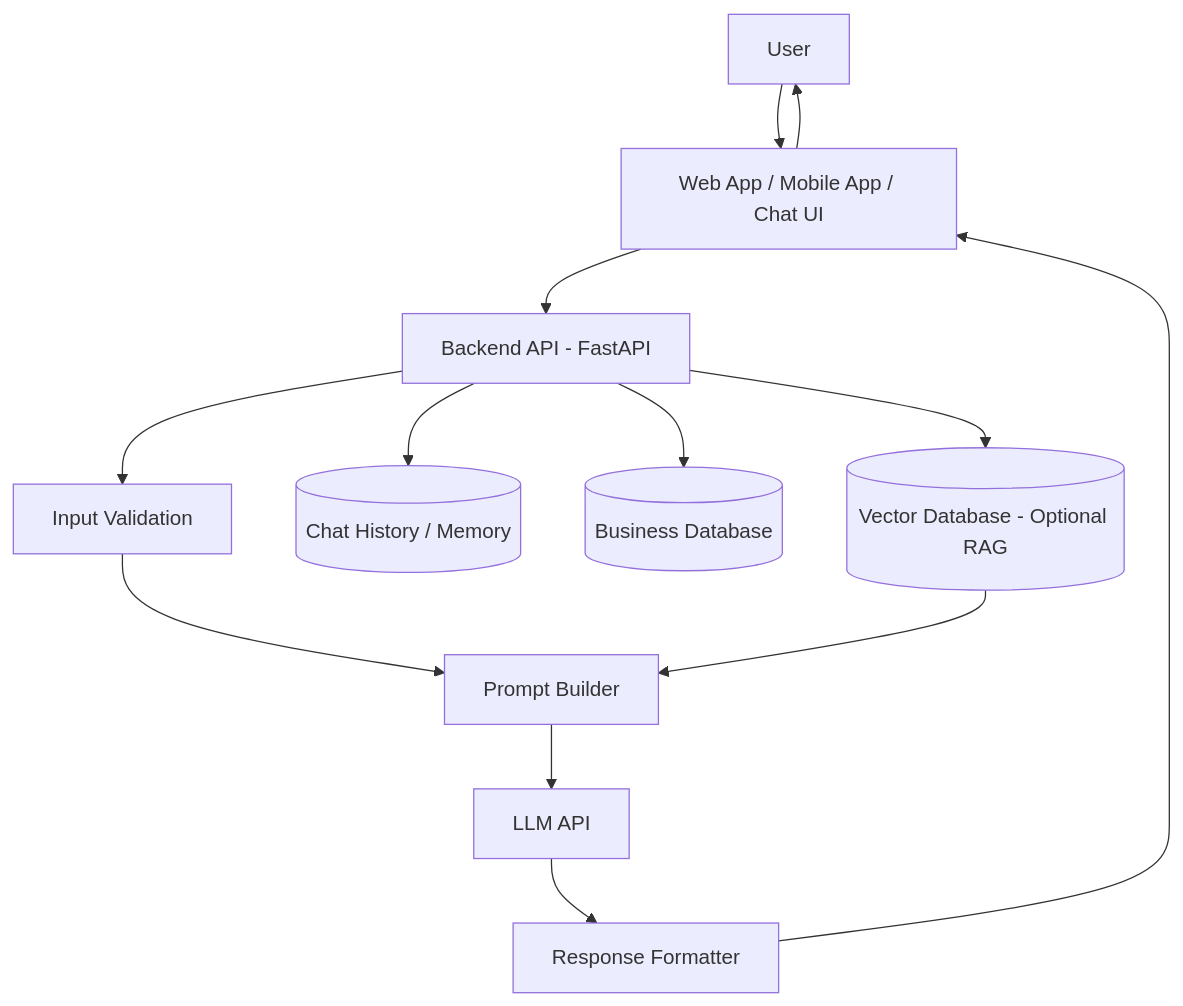
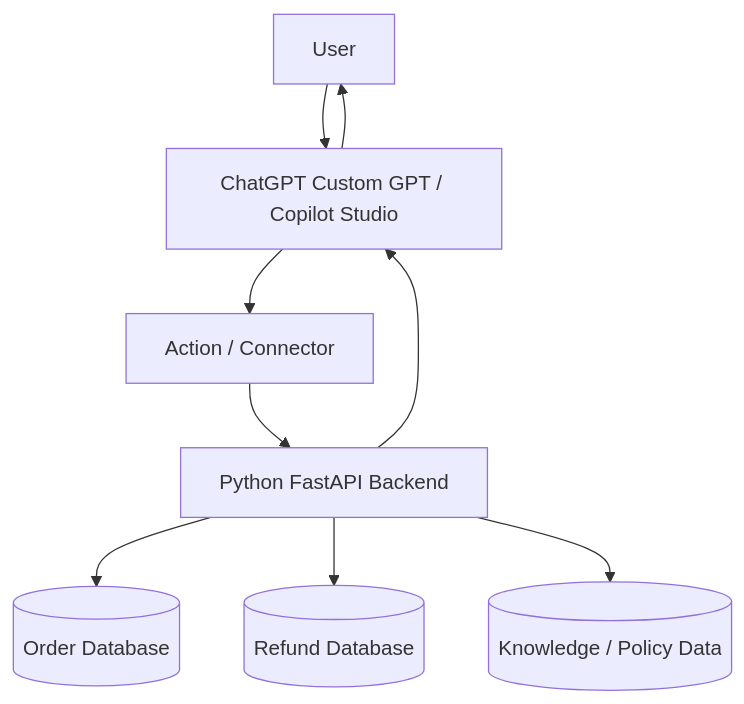
Before and after one commit to abhinandanchivate/vw01: the diagram in day14/chatbot.md, drawn with Mermaid. The commit also changed other lines of this file, not shown here.

````diff
--- a/day14/chatbot.md
+++ b/day14/chatbot.md
@@ -25,16 +6,11 @@
 ```mermaid
 flowchart TD
-    A[User] --> B[Web App / Mobile App / Chat UI]
-    B --> C[Backend API - FastAPI]
-    C --> D[Input Validation]
-    D --> E[Prompt Builder]
-    E --> F[LLM API]
-    F --> G[Response Formatter]
-    G --> B
+    A[User] --> B[ChatGPT Custom GPT / Copilot Studio]
+    B --> C[Action / Connector]
+    C --> D[Python FastAPI Backend]
+    D --> E[(Order Database)]
+    D --> F[(Refund Database)]
+    D --> G[(Knowledge / Policy Data)]
+    D --> B
     B --> A
-
-    C --> H[(Chat History / Memory)]
-    C --> I[(Business Database)]
-    C --> J[(Vector Database - Optional RAG)]
-    J --> E
 ```
````
